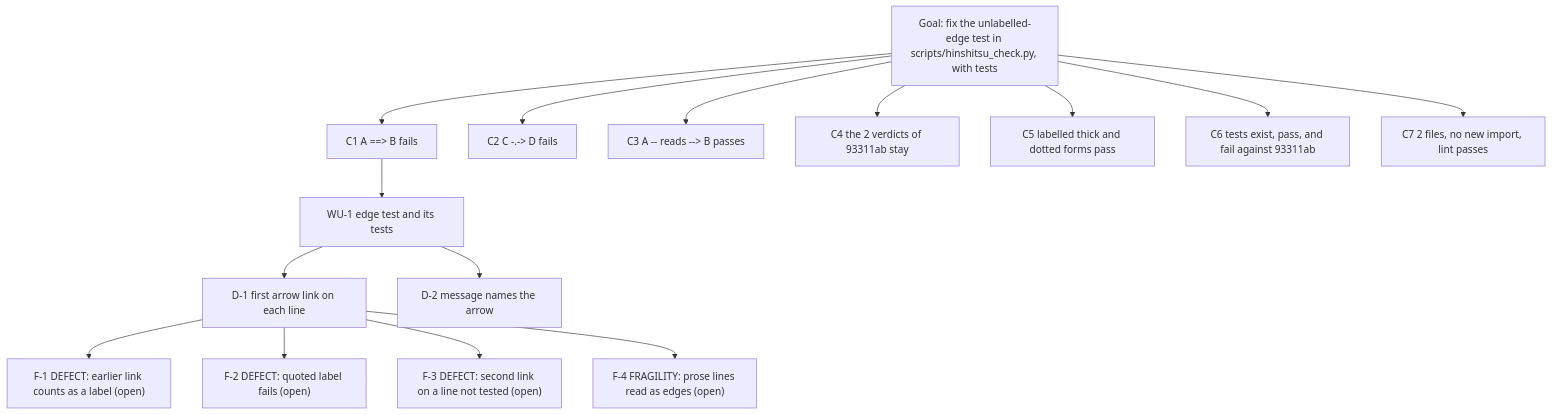
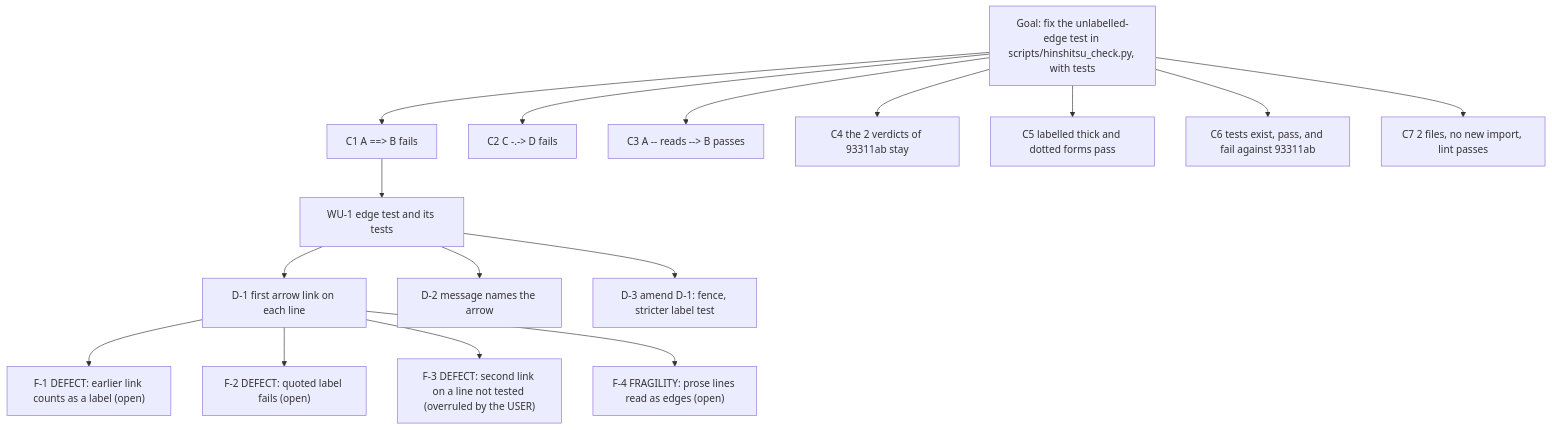
The diagram in runs/2.1.0-mermaid-edges/MINDMAP.md (CatCorner22/devin), drawn with Mermaid before and after one commit. The commit also changed other lines of this file and 4 other files, not shown here.

````diff
--- a/runs/2.1.0-mermaid-edges/MINDMAP.md
+++ b/runs/2.1.0-mermaid-edges/MINDMAP.md
@@ -25,18 +26,19 @@
 ```mermaid
 graph TD
   G["Goal: fix the unlabelled-edge test in scripts/hinshitsu_check.py, with tests"]
   G --> C1["C1 A ==> B fails"]
   G --> C2["C2 C -.-> D fails"]
   G --> C3["C3 A -- reads --> B passes"]
   G --> C4["C4 the 2 verdicts of 93311ab stay"]
   G --> C5["C5 labelled thick and dotted forms pass"]
   G --> C6["C6 tests exist, pass, and fail against 93311ab"]
   G --> C7["C7 2 files, no new import, lint passes"]
   C1 --> WU1["WU-1 edge test and its tests"]
   WU1 --> D1["D-1 first arrow link on each line"]
   WU1 --> D2["D-2 message names the arrow"]
+  WU1 --> D3["D-3 amend D-1: fence, stricter label test"]
   D1 --> F1["F-1 DEFECT: earlier link counts as a label (open)"]
   D1 --> F2["F-2 DEFECT: quoted label fails (open)"]
-  D1 --> F3["F-3 DEFECT: second link on a line not tested (open)"]
+  D1 --> F3["F-3 DEFECT: second link on a line not tested (overruled by the USER)"]
   D1 --> F4["F-4 FRAGILITY: prose lines read as edges (open)"]
 ```
````
